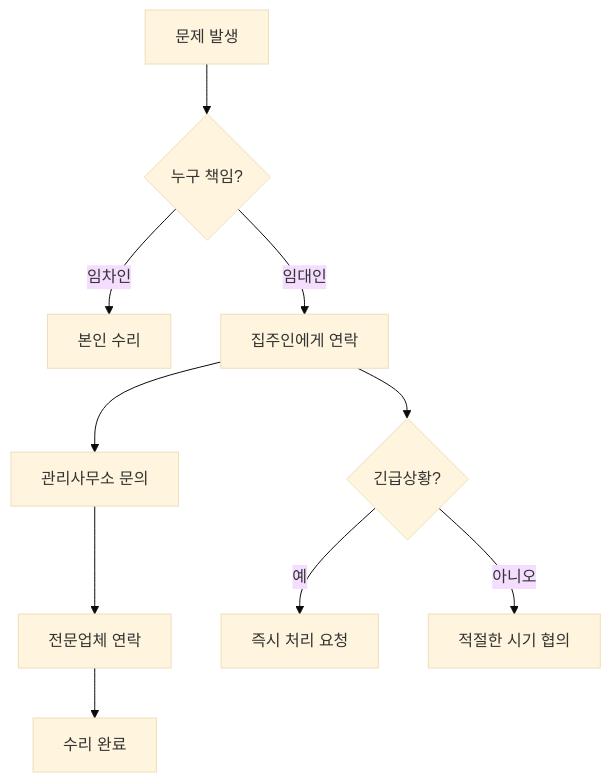
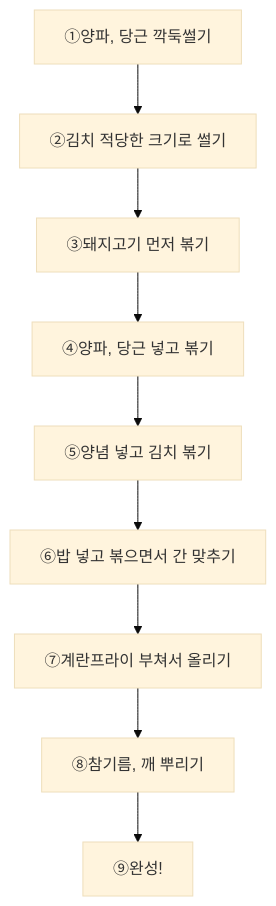
The fifth of 5 diagrams in src/content/soft-skills/korean/bai-8.md (khieu-dv/vievlog), drawn with Mermaid (base theme) before and after one commit. The commit also changed other lines of this file and 6 other files, not shown here.

````diff
--- a/src/content/soft-skills/korean/bai-8.md
+++ b/src/content/soft-skills/korean/bai-8.md
@@ -661,13 +311,11 @@
 ```mermaid
 graph TD
-    A[문제 발생] --> B{누구 책임?}
-    B -->|임차인| C[본인 수리]
-    B -->|임대인| D[집주인에게 연락]
-    D --> E[관리사무소 문의]
-    E --> F[전문업체 연락]
-    F --> G[수리 완료]
-
-    D --> H{긴급상황?}
-    H -->|예| I[즉시 처리 요청]
-    H -->|아니오| J[적절한 시기 협의]
+    A[①양파, 당근 깍둑썰기] --> B[②김치 적당한 크기로 썰기]
+    B --> C[③돼지고기 먼저 볶기]
+    C --> D[④양파, 당근 넣고 볶기]
+    D --> E[⑤양념 넣고 김치 볶기]
+    E --> F[⑥밥 넣고 볶으면서 간 맞추기]
+    F --> G[⑦계란프라이 부쳐서 올리기]
+    G --> H[⑧참기름, 깨 뿌리기]
+    H --> I[⑨완성!]
 ```
````
